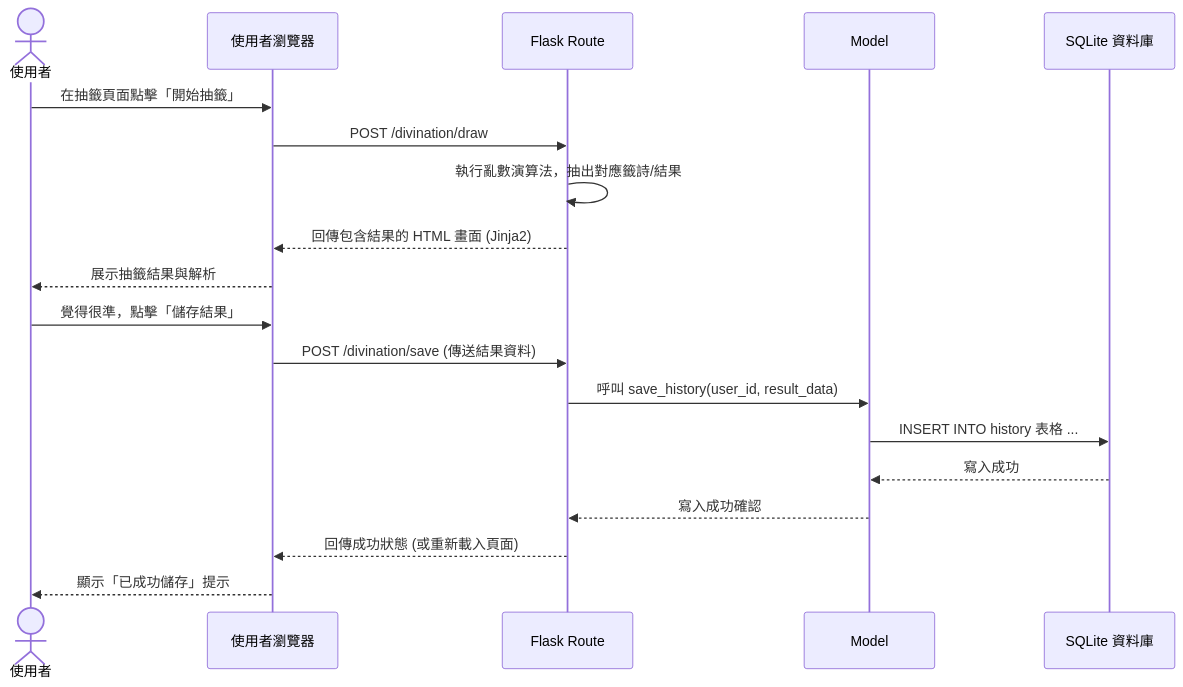
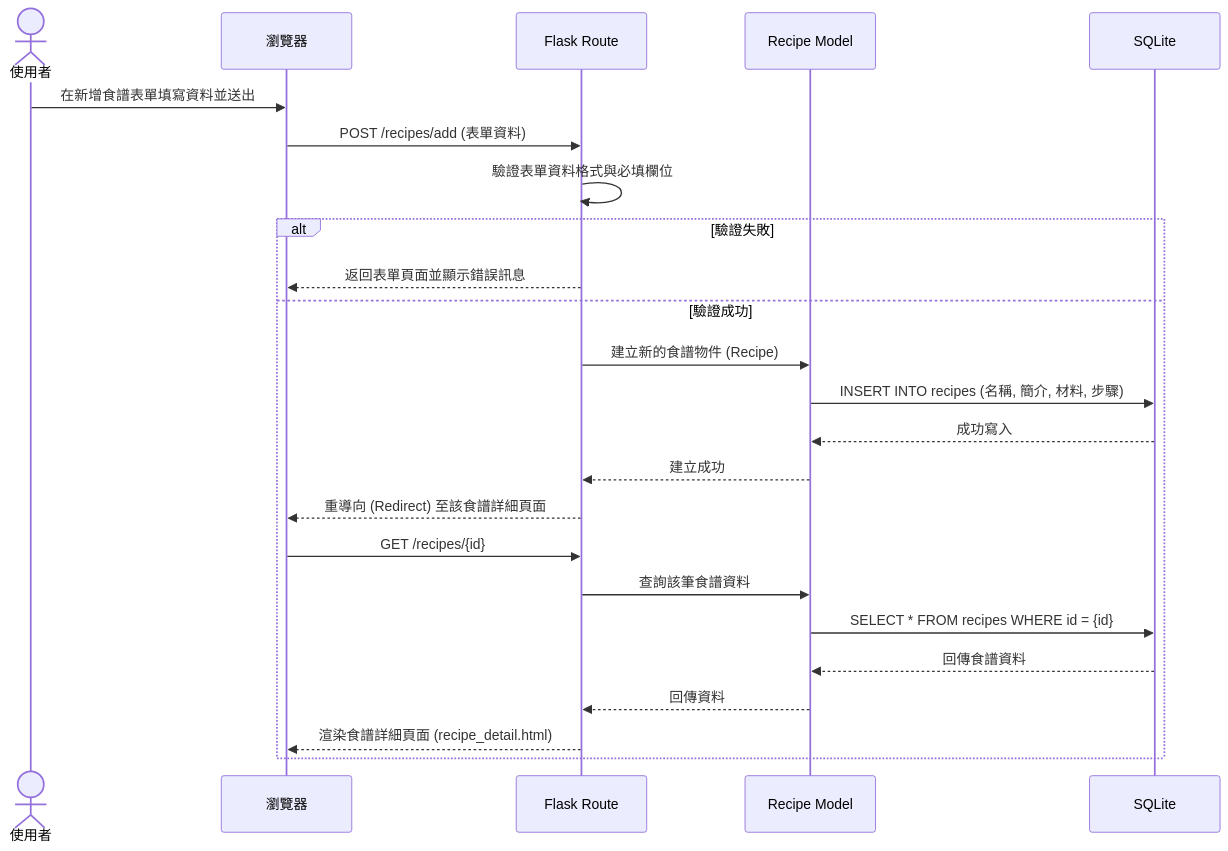
One commit to D1340995/web_app_development changed the second of 2 diagrams in docs/FLOWCHART.md. Above: the diagram before and after it, drawn with Mermaid. The commit also changed other lines of this file, not shown here.

Commit message:
docs: add user flowchar

````diff
--- a/docs/FLOWCHART.md
+++ b/docs/FLOWCHART.md
@@ -34,23 +39,29 @@
 ```mermaid
 sequenceDiagram
     actor User as 使用者
-    participant Browser as 使用者瀏覽器
+    participant Browser as 瀏覽器
     participant Route as Flask Route
-    participant Model as Model
-    participant DB as SQLite 資料庫
-
-    User->>Browser: 在抽籤頁面點擊「開始抽籤」
-    Browser->>Route: POST /divination/draw
-    Route->>Route: 執行亂數演算法，抽出對應籤詩/結果
-    Route-->>Browser: 回傳包含結果的 HTML 畫面 (Jinja2)
-    Browser-->>User: 展示抽籤結果與解析
+    participant Model as Recipe Model
+    participant DB as SQLite
     
-    User->>Browser: 覺得很準，點擊「儲存結果」
-    Browser->>Route: POST /divination/save (傳送結果資料)
-    Route->>Model: 呼叫 save_history(user_id, result_data)
-    Model->>DB: INSERT INTO history 表格 ...
-    DB-->>Model: 寫入成功
-    Model-->>Route: 寫入成功確認
-    Route-->>Browser: 回傳成功狀態 (或重新載入頁面)
-    Browser-->>User: 顯示「已成功儲存」提示
+    User->>Browser: 在新增食譜表單填寫資料並送出
+    Browser->>Route: POST /recipes/add (表單資料)
+    
+    Route->>Route: 驗證表單資料格式與必填欄位
+    
+    alt 驗證失敗
+        Route-->>Browser: 返回表單頁面並顯示錯誤訊息
+    else 驗證成功
+        Route->>Model: 建立新的食譜物件 (Recipe)
+        Model->>DB: INSERT INTO recipes (名稱, 簡介, 材料, 步驟)
+        DB-->>Model: 成功寫入
+        Model-->>Route: 建立成功
+        Route-->>Browser: 重導向 (Redirect) 至該食譜詳細頁面
+        Browser->>Route: GET /recipes/{id}
+        Route->>Model: 查詢該筆食譜資料
+        Model->>DB: SELECT * FROM recipes WHERE id = {id}
+        DB-->>Model: 回傳食譜資料
+        Model-->>Route: 回傳資料
+        Route-->>Browser: 渲染食譜詳細頁面 (recipe_detail.html)
+    end
 ```
````
